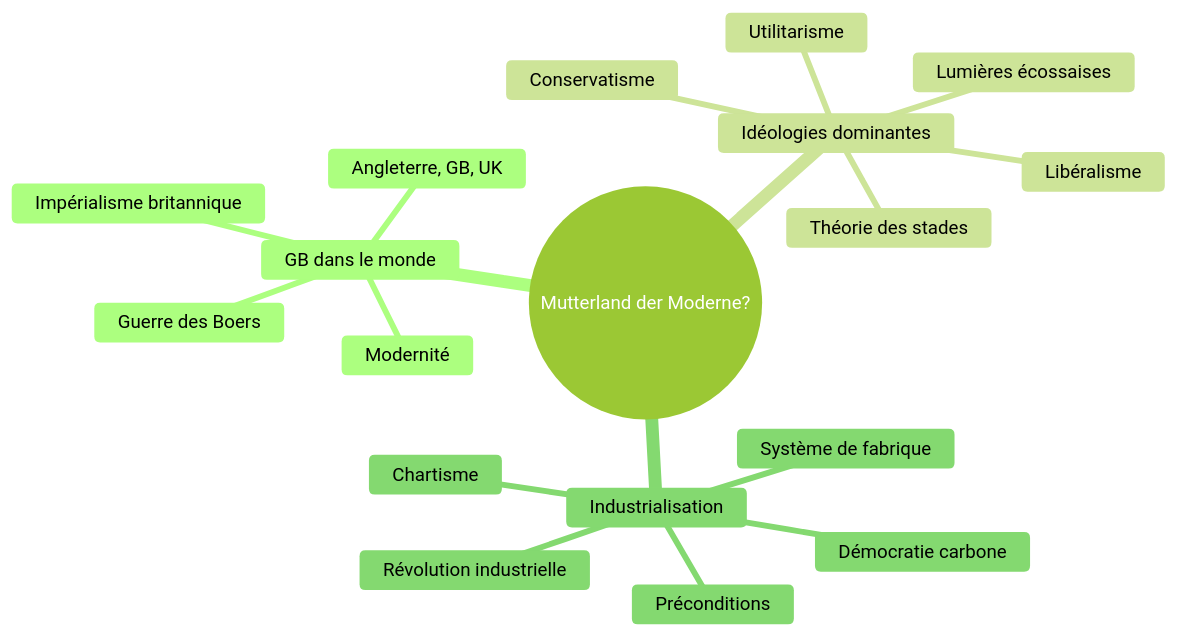
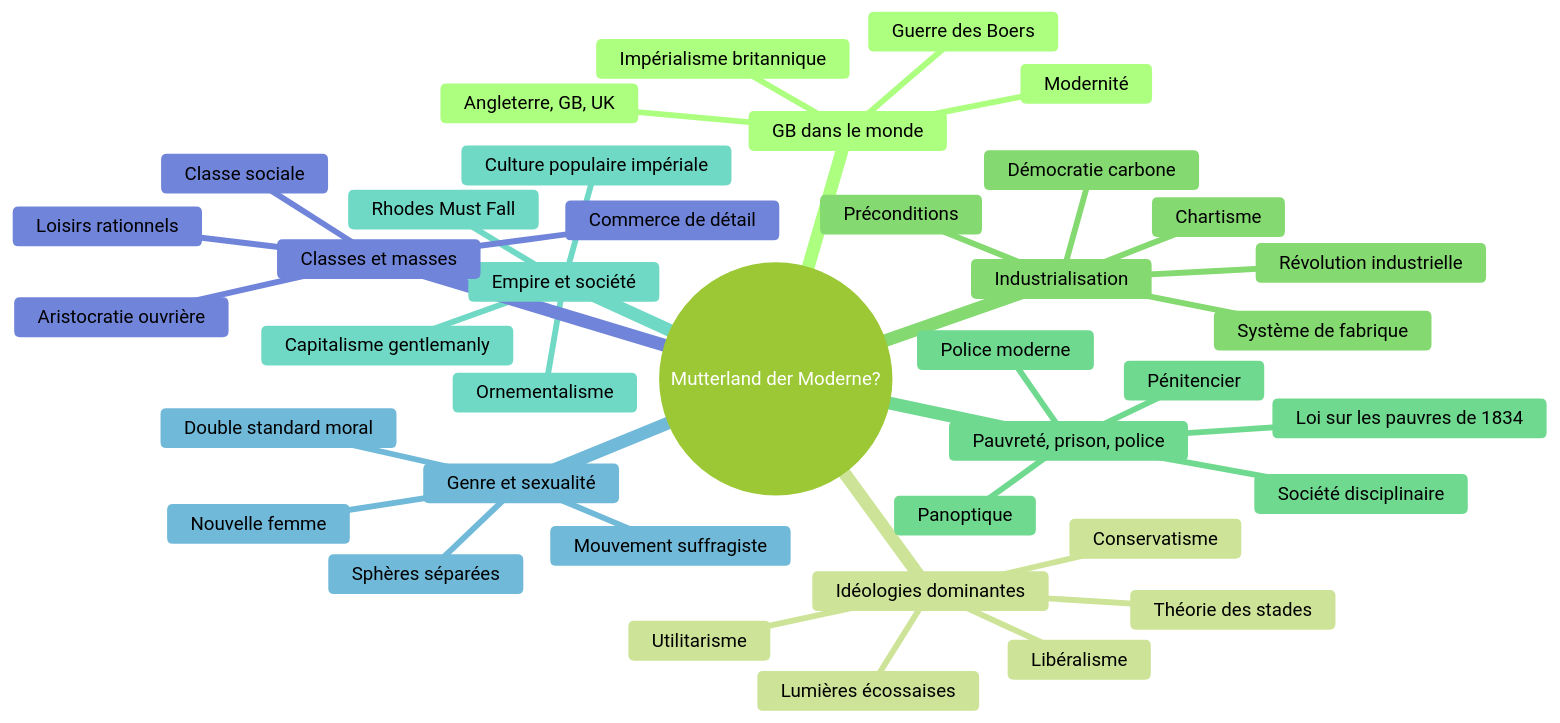
One commit to aidraxowl/NEXUS changed the diagram in NEXUS/09-Learning/Course-Maps/HS26 - Geschichte.md. Above: the diagram before and after it, drawn with Mermaid (forest theme). The commit also changed other lines of this file and 241 other files, not shown here.

````diff
--- a/NEXUS/09-Learning/Course-Maps/HS26 - Geschichte.md
+++ b/NEXUS/09-Learning/Course-Maps/HS26 - Geschichte.md
@@ -20,21 +20,42 @@
 ```mermaid
 mindmap
   root((Mutterland der Moderne?))
     GB dans le monde
       Modernité
       Angleterre, GB, UK
       Impérialisme britannique
       Guerre des Boers
     Idéologies dominantes
       Lumières écossaises
       Théorie des stades
       Libéralisme
       Utilitarisme
       Conservatisme
     Industrialisation
       Révolution industrielle
       Préconditions
       Système de fabrique
       Démocratie carbone
       Chartisme
+    Pauvreté, prison, police
+      Loi sur les pauvres de 1834
+      Pénitencier
+      Panoptique
+      Police moderne
+      Société disciplinaire
+    Empire et société
+      Ornementalisme
+      Capitalisme gentlemanly
+      Culture populaire impériale
+      Rhodes Must Fall
+    Genre et sexualité
+      Sphères séparées
+      Double standard moral
+      Nouvelle femme
+      Mouvement suffragiste
+    Classes et masses
+      Classe sociale
+      Aristocratie ouvrière
+      Commerce de détail
+      Loisirs rationnels
 ```
````
